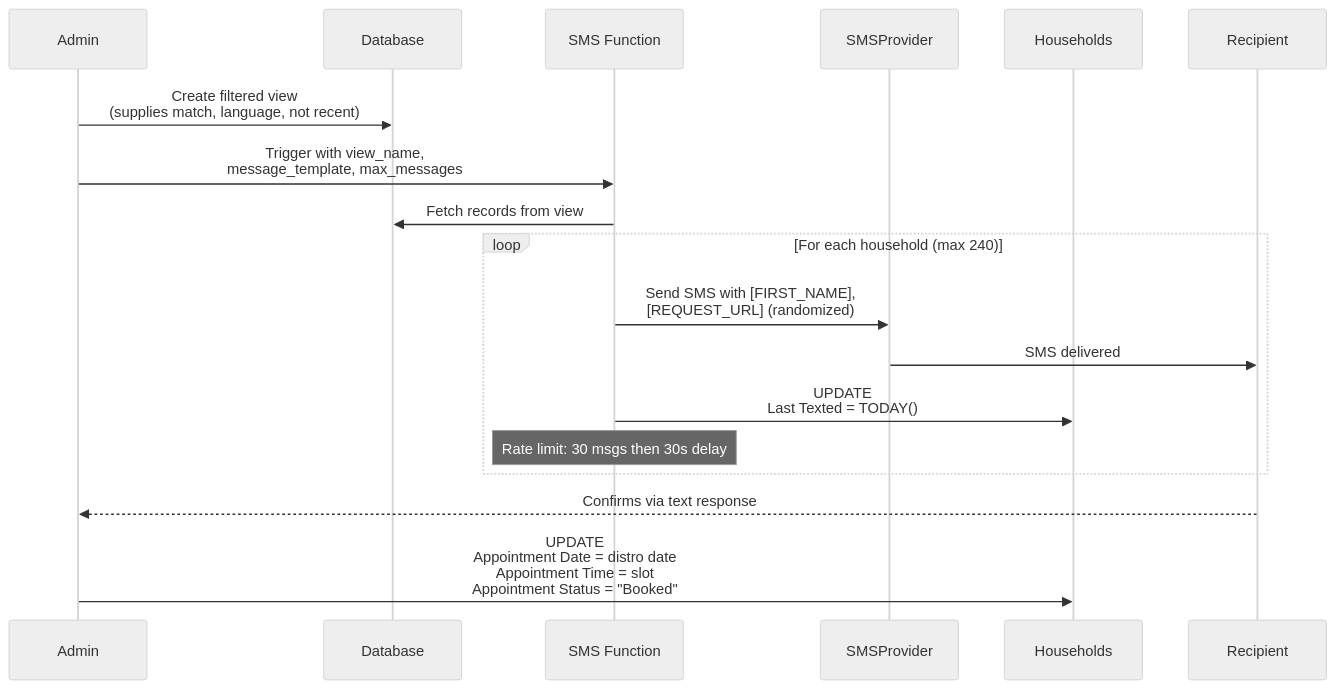
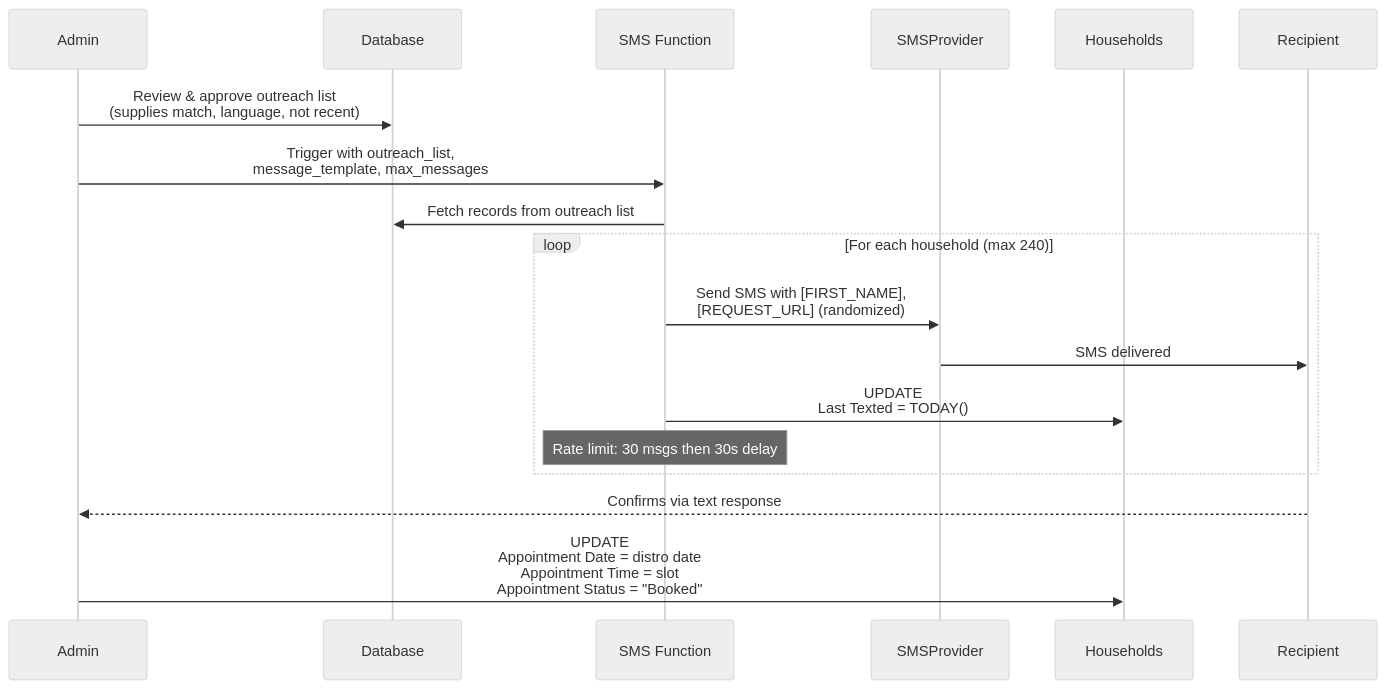
One commit to bushwickayudamutua/specs changed the second of 5 diagrams in bam-mutual-aid-spec.md. Above: the diagram before and after it, drawn with Mermaid (neutral theme). The commit also changed other lines of this file and 1 other file, not shown here.

````diff
--- a/bam-mutual-aid-spec.md
+++ b/bam-mutual-aid-spec.md
@@ -303,25 +302,25 @@
 ```mermaid
 sequenceDiagram
     participant Admin
     participant Database
     participant SMSFunction as SMS Function
     participant SMSProvider
     participant Households
     participant Recipient
 
-    Admin->>Database: Create filtered view<br/>(supplies match, language, not recent)
-    Admin->>SMSFunction: Trigger with view_name,<br/>message_template, max_messages
+    Admin->>Database: Review & approve outreach list<br/>(supplies match, language, not recent)
+    Admin->>SMSFunction: Trigger with outreach_list,<br/>message_template, max_messages
 
-    SMSFunction->>Database: Fetch records from view
+    SMSFunction->>Database: Fetch records from outreach list
 
     loop For each household (max 240)
         SMSFunction->>SMSProvider: Send SMS with [FIRST_NAME],<br/>[REQUEST_URL] (randomized)
         SMSProvider->>Recipient: SMS delivered
         SMSFunction->>Households: UPDATE<br/>Last Texted = TODAY()
 
         Note over SMSFunction: Rate limit: 30 msgs then 30s delay
     end
 
     Recipient-->>Admin: Confirms via text response
     Admin->>Households: UPDATE<br/>Appointment Date = distro date<br/>Appointment Time = slot<br/>Appointment Status = "Booked"
 ```
````
